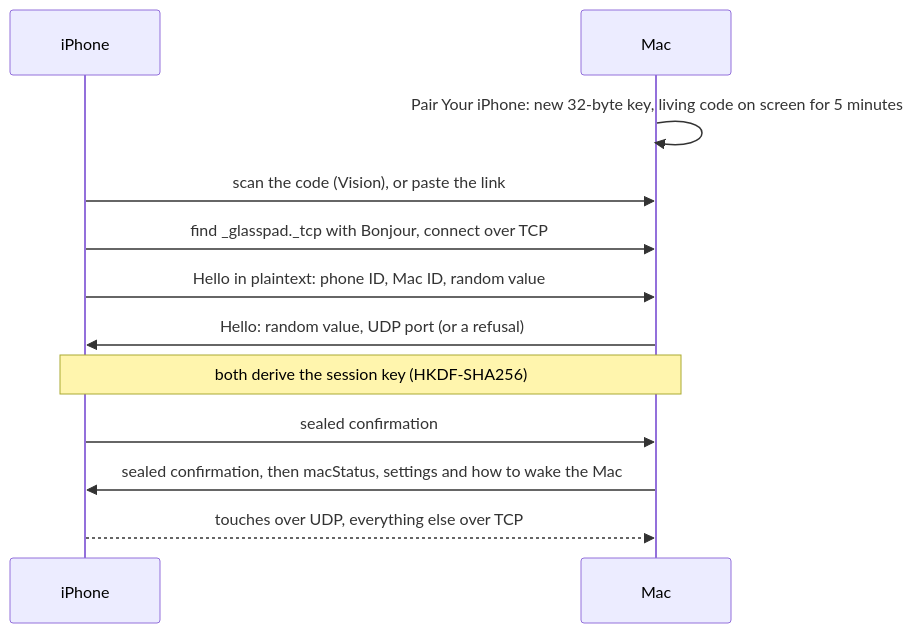
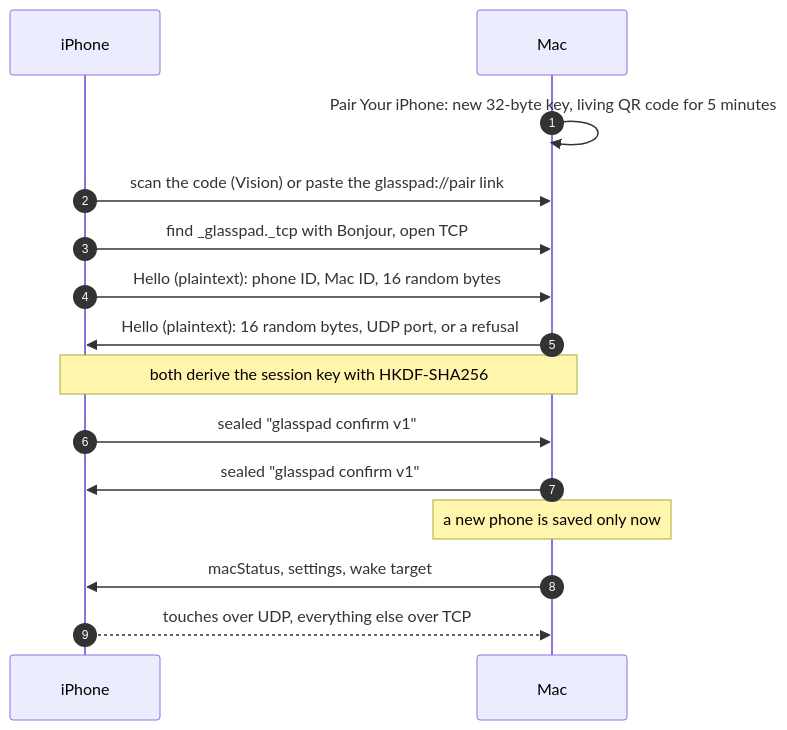
The third of 5 diagrams in ARCHITECTURE.md (Soham109/glasspad), drawn with Mermaid before and after one commit. The commit also changed other lines of this file and 26 other files, not shown here.

````diff
--- a/ARCHITECTURE.md
+++ b/ARCHITECTURE.md
@@ -49,14 +112,17 @@
 ```mermaid
 sequenceDiagram
+  autonumber
   participant P as iPhone
   participant M as Mac
-  M->>M: Pair Your iPhone: new 32-byte key, living code on screen for 5 minutes
-  P->>M: scan the code (Vision), or paste the link
-  P->>M: find _glasspad._tcp with Bonjour, connect over TCP
-  P->>M: Hello in plaintext: phone ID, Mac ID, random value
-  M->>P: Hello: random value, UDP port (or a refusal)
-  Note over P,M: both derive the session key (HKDF-SHA256)
-  P->>M: sealed confirmation
-  M->>P: sealed confirmation, then macStatus, settings and how to wake the Mac
+  M->>M: Pair Your iPhone: new 32-byte key, living QR code for 5 minutes
+  P->>M: scan the code (Vision) or paste the glasspad://pair link
+  P->>M: find _glasspad._tcp with Bonjour, open TCP
+  P->>M: Hello (plaintext): phone ID, Mac ID, 16 random bytes
+  M->>P: Hello (plaintext): 16 random bytes, UDP port, or a refusal
+  Note over P,M: both derive the session key with HKDF-SHA256
+  P->>M: sealed "glasspad confirm v1"
+  M->>P: sealed "glasspad confirm v1"
+  Note over M: a new phone is saved only now
+  M->>P: macStatus, settings, wake target
   P-->>M: touches over UDP, everything else over TCP
 ```
````
